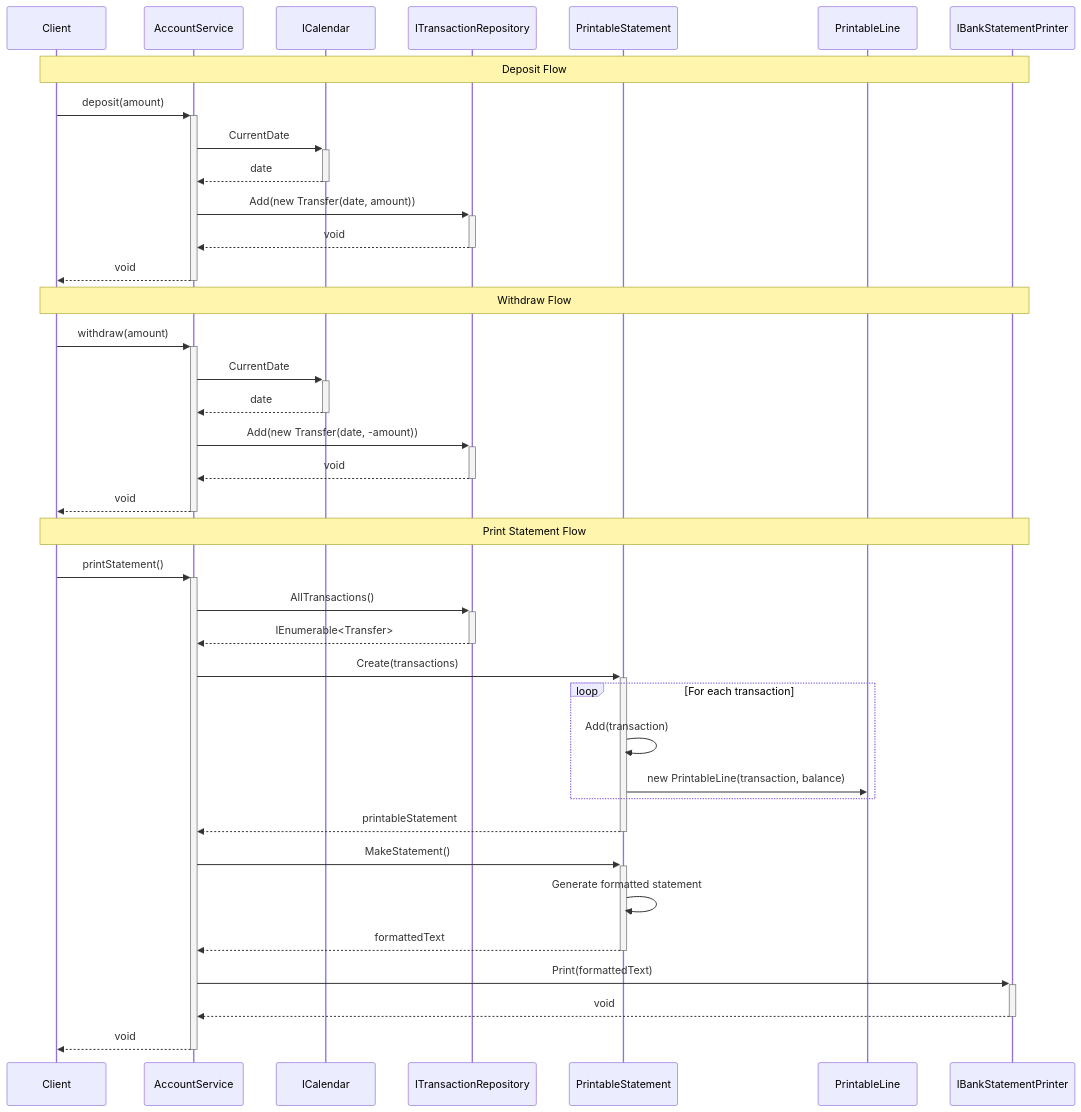
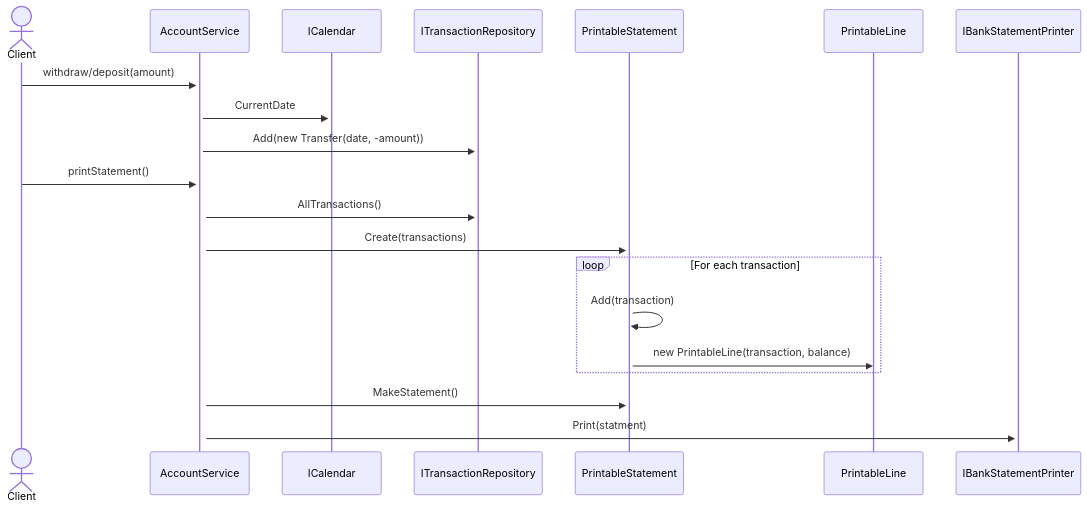
Before and after one commit to STRUDSO/Bank.Kata: the diagram in Design.mmd, drawn with Mermaid. The commit also changed 3 other files, not shown here.

```diff
--- a/Design.mmd
+++ b/Design.mmd
@@ -1,45 +1,26 @@
 sequenceDiagram
-    participant Client
+    Actor Client
     participant AccountService
     participant ICalendar
     participant ITransactionRepository
     participant PrintableStatement
     participant PrintableLine
     participant IBankStatementPrinter
     
-    Note over Client,IBankStatementPrinter: Deposit Flow
-    Client->>+AccountService: deposit(amount)
+    
+    Client->>+AccountService: withdraw/deposit(amount)
     AccountService->>+ICalendar: CurrentDate
-    ICalendar-->>-AccountService: date
-    AccountService->>+ITransactionRepository: Add(new Transfer(date, amount))
-    ITransactionRepository-->>-AccountService: void
-    AccountService-->>-Client: void
+    AccountService->>+ITransactionRepository: Add(new Transfer(date, -amount))
     
-    Note over Client,IBankStatementPrinter: Withdraw Flow
-    Client->>+AccountService: withdraw(amount)
-    AccountService->>+ICalendar: CurrentDate
-    ICalendar-->>-AccountService: date
-    AccountService->>+ITransactionRepository: Add(new Transfer(date, -amount))
-    ITransactionRepository-->>-AccountService: void
-    AccountService-->>-Client: void
-    
-    Note over Client,IBankStatementPrinter: Print Statement Flow
     Client->>+AccountService: printStatement()
     AccountService->>+ITransactionRepository: AllTransactions()
-    ITransactionRepository-->>-AccountService: IEnumerable<Transfer>
     
     AccountService->>+PrintableStatement: Create(transactions)
     loop For each transaction
         PrintableStatement->>PrintableStatement: Add(transaction)
         PrintableStatement->>PrintableLine: new PrintableLine(transaction, balance)
     end
-    PrintableStatement-->>-AccountService: printableStatement
     
     AccountService->>+PrintableStatement: MakeStatement()
-    PrintableStatement->>PrintableStatement: Generate formatted statement
-    PrintableStatement-->>-AccountService: formattedText
     
-    AccountService->>+IBankStatementPrinter: Print(formattedText)
-    IBankStatementPrinter-->>-AccountService: void
-    
-    AccountService-->>-Client: void
+    AccountService->>+IBankStatementPrinter: Print(statment)
```
